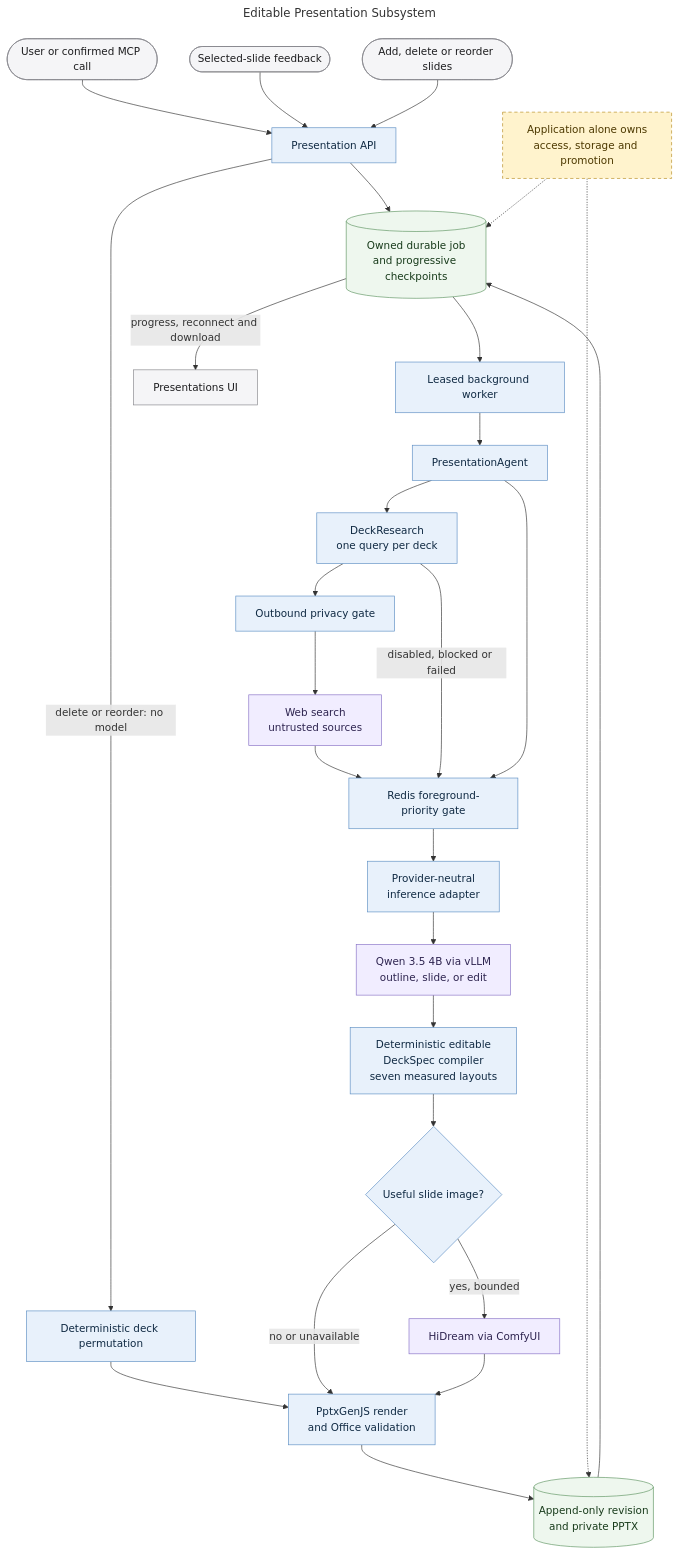
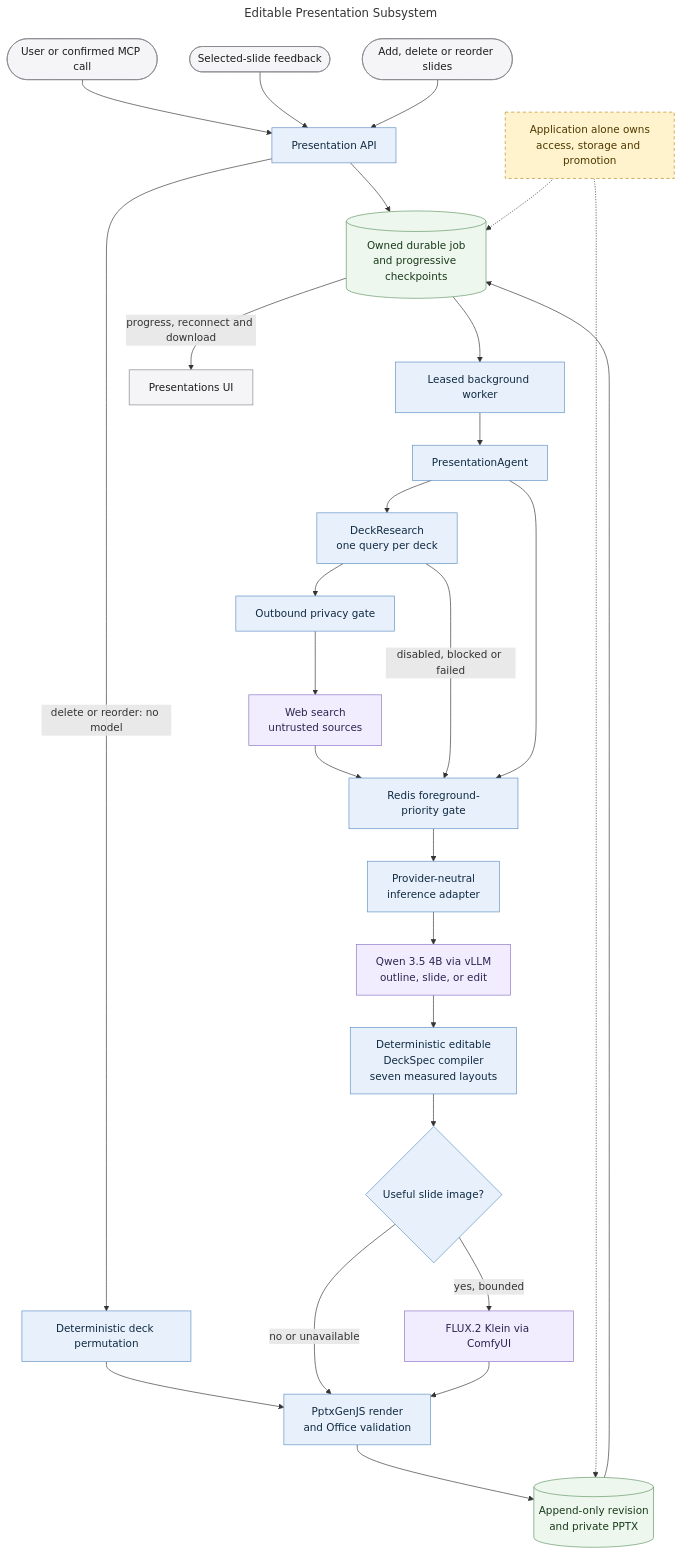
Before and after one commit to MallyaAni/PersonalAssistant: the diagram in docs/diagrams/presentation-subsystem.mmd, drawn with Mermaid. The commit also changed 47 other files, not shown here.

```diff
--- a/docs/diagrams/presentation-subsystem.mmd
+++ b/docs/diagrams/presentation-subsystem.mmd
@@ -1,43 +1,43 @@
 ---
 title: Editable Presentation Subsystem
 ---
 flowchart TB
     User([User or confirmed MCP call]) --> API[Presentation API]
     Feedback([Selected-slide feedback]) --> API
     Structure([Add, delete or reorder slides]) --> API
     API --> Job[(Owned durable job<br/>and progressive checkpoints)]
     Job --> Worker[Leased background worker]
     Worker --> Agent[PresentationAgent]
     Agent --> Research[DeckResearch<br/>one query per deck]
     Research --> Egress[Outbound privacy gate]
     Egress --> Web[Web search<br/>untrusted sources]
     Web --> Gate
     Research -->|disabled, blocked or failed| Gate
     Agent --> Gate[Redis foreground-priority gate]
     Gate --> Inference[Provider-neutral<br/>inference adapter]
     Inference --> Qwen[Qwen 3.5 4B via vLLM<br/>outline, slide, or edit]
     Qwen --> Compiler[Deterministic editable<br/>DeckSpec compiler<br/>seven measured layouts]
     API -->|delete or reorder: no model| Permute[Deterministic deck permutation]
     Permute --> Render
     Compiler --> Visuals{Useful slide image?}
-    Visuals -->|yes, bounded| HiDream[HiDream via ComfyUI]
+    Visuals -->|yes, bounded| Flux[FLUX.2 Klein via ComfyUI]
     Visuals -->|no or unavailable| Render
-    HiDream --> Render[PptxGenJS render<br/>and Office validation]
+    Flux --> Render[PptxGenJS render<br/>and Office validation]
     Render --> Revision[(Append-only revision<br/>and private PPTX)]
     Revision --> Job
     Job -->|progress, reconnect and download| UI[Presentations UI]
 
     Boundary[Application alone owns<br/>access, storage and promotion]
     Boundary -.-> Job
     Boundary -.-> Revision
 
     classDef interface fill:#f5f5f7,stroke:#86868b,color:#1d1d1f;
     classDef application fill:#e8f1fb,stroke:#5e8fc4,color:#102a43;
     classDef data fill:#eef7ee,stroke:#5f9562,color:#183b1b;
     classDef external fill:#f1edff,stroke:#8872c6,color:#2e2450;
     classDef warning fill:#fff3cd,stroke:#b78b20,color:#4d3900,stroke-dasharray:5 4;
     class User,UI,Feedback,Structure interface;
     class API,Worker,Agent,Gate,Inference,Compiler,Permute,Visuals,Render,Research,Egress application;
     class Job,Revision data;
-    class Qwen,HiDream,Web external;
+    class Qwen,Flux,Web external;
     class Boundary warning;
```
